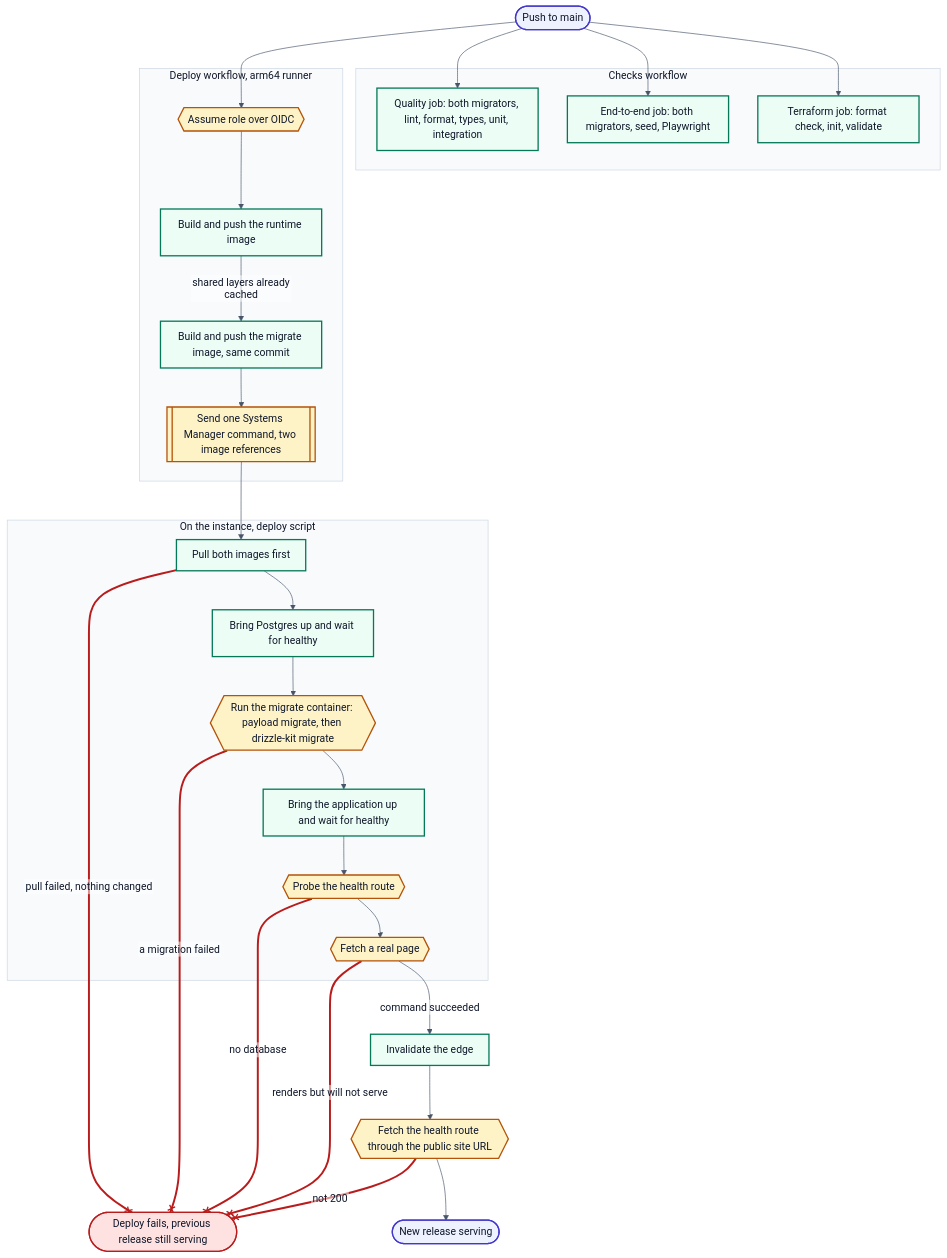
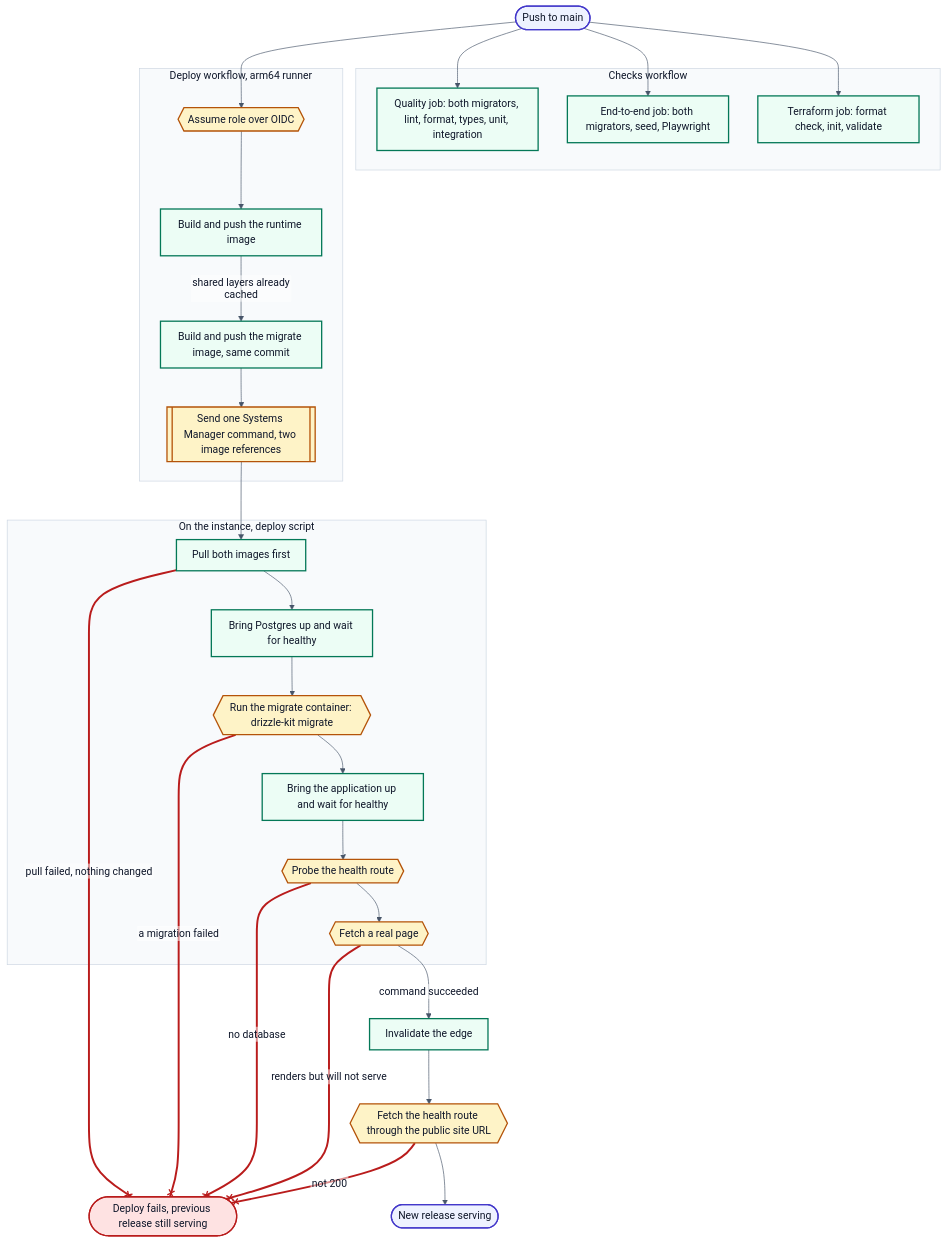
One commit to marc-mccarthy/legacy-benefits-mn changed the diagram in docs/diagrams/D7-pipeline.mmd. Above: the diagram before and after it, drawn with Mermaid. The commit also changed 1263 other files, not shown here.

```diff
--- a/docs/diagrams/D7-pipeline.mmd
+++ b/docs/diagrams/D7-pipeline.mmd
@@ -1,88 +1,88 @@
 %%{init: {"theme":"base","themeVariables":{"fontFamily":"Helvetica Neue, Helvetica, Arial, sans-serif","fontSize":"16px","textColor":"#0F172A","background":"#FFFFFF","lineColor":"#475569","mainBkg":"#EFF6FF","nodeBorder":"#1D4ED8","primaryColor":"#EFF6FF","primaryBorderColor":"#1D4ED8","primaryTextColor":"#0F172A","secondaryColor":"#F1F5F9","secondaryBorderColor":"#475569","secondaryTextColor":"#0F172A","tertiaryColor":"#F8FAFC","tertiaryBorderColor":"#CBD5E1","tertiaryTextColor":"#0F172A","clusterBkg":"#F8FAFC","clusterBorder":"#CBD5E1","edgeLabelBackground":"#FFFFFF","actorBkg":"#EEF2FF","actorBorder":"#4338CA","actorTextColor":"#0F172A","signalColor":"#475569","signalTextColor":"#0F172A","noteBkgColor":"#FEF3C7","noteBorderColor":"#B45309","noteTextColor":"#0F172A","activationBkgColor":"#ECFDF5","activationBorderColor":"#047857","labelBoxBkgColor":"#FEF3C7","labelBoxBorderColor":"#B45309","sequenceNumberColor":"#FFFFFF"},"flowchart":{"htmlLabels":false,"curve":"basis","nodeSpacing":45,"rankSpacing":60,"padding":12},"sequence":{"useMaxWidth":false,"htmlLabels":false,"mirrorActors":false,"wrap":true,"width":190}}}%%
 flowchart TB
 accTitle: What runs between a push and the new release serving
 accDescr {
   A push to main starts two workflows. The checks workflow runs three jobs against
-  a throwaway Postgres: quality applies both migrators and then lints, checks
+  a throwaway Postgres: quality applies the migrations and then lints, checks
   formatting, type checks and runs unit and integration tests; the end-to-end job
-  applies both migrators, seeds content and runs the Playwright suite, whose
+  applies the migrations and runs the Playwright suite, whose
   accessibility and compliance specs are release gates; the Terraform job checks
   formatting and validates the stack. The deploy workflow runs on a native arm64
   runner because the instance is Graviton. It assumes a role over OIDC rather than
   using stored keys, builds and pushes the runtime image, then builds and pushes a
   second image from the same commit's migrate stage, which is a cache hit because
   the runtime build already exported the shared layers. It then sends one Systems
   Manager command carrying those two image references. On the box the deploy script
   pulls first so a failure changes nothing, brings Postgres up and waits for it to
   be healthy, runs the migrate container once, and only then brings the application
   up and waits on its health check. It probes the health route and then fetches a
   real page, because the health route runs one query and never renders React.
   Nothing downstream runs unless that command succeeded: the edge is invalidated
   only afterwards, and the last step fetches the health route through the public
   site URL.
 }
 
 push([Push to main])
 
 subgraph checks ["Checks workflow"]
   quality["Quality job: both migrators, lint, format, types, unit, integration"]
   e2eJob["End-to-end job: both migrators, seed, Playwright"]
   tfJob["Terraform job: format check, init, validate"]
 end
 
 subgraph build ["Deploy workflow, arm64 runner"]
   oidc{{"Assume role over OIDC"}}
   runtimeImage["Build and push the runtime image"]
   migrateImage["Build and push the migrate image, same commit"]
   sendCommand[["Send one Systems Manager command, two image references"]]
 end
 
 subgraph box ["On the instance, deploy script"]
   pull["Pull both images first"]
   pgUp["Bring Postgres up and wait for healthy"]
-  migrateRun{{"Run the migrate container: payload migrate, then drizzle-kit migrate"}}
+  migrateRun{{"Run the migrate container: drizzle-kit migrate"}}
   appUp["Bring the application up and wait for healthy"]
   healthProbe{{"Probe the health route"}}
   pageProbe{{"Fetch a real page"}}
 end
 
 invalidate["Invalidate the edge"]
 smoke{{"Fetch the health route through the public site URL"}}
 serving([New release serving])
 stop([Deploy fails, previous release still serving])
 
 push --> quality
 push --> e2eJob
 push --> tfJob
 push --> oidc
 oidc --> runtimeImage
 runtimeImage -->|shared layers already cached| migrateImage
 migrateImage --> sendCommand
 sendCommand --> pull
 pull --x|pull failed, nothing changed| stop
 pull --> pgUp
 pgUp --> migrateRun
 migrateRun --x|a migration failed| stop
 migrateRun --> appUp
 appUp --> healthProbe
 healthProbe --x|no database| stop
 healthProbe --> pageProbe
 pageProbe --x|renders but will not serve| stop
 pageProbe -->|command succeeded| invalidate
 invalidate --> smoke
 smoke --> serving
 smoke --x|not 200| stop
 
 classDef human    fill:#EEF2FF,stroke:#4338CA,stroke-width:2px,color:#0F172A
 classDef client   fill:#EFF6FF,stroke:#1D4ED8,stroke-width:2px,color:#0F172A
 classDef ours     fill:#ECFDF5,stroke:#047857,stroke-width:2px,color:#0F172A
 classDef guard    fill:#FEF3C7,stroke:#B45309,stroke-width:2px,color:#0F172A
 classDef vendor   fill:#F1F5F9,stroke:#475569,stroke-width:2px,color:#0F172A
 classDef phi      fill:#FEE2E2,stroke:#B91C1C,stroke-width:2px,color:#0F172A
 classDef artifact fill:#F5F3FF,stroke:#6D28D9,stroke-width:2px,color:#0F172A
 
 class push,serving human
 class stop phi
 class quality,e2eJob,tfJob,runtimeImage,migrateImage,pull,pgUp,appUp,invalidate ours
 class oidc,sendCommand,migrateRun,healthProbe,pageProbe,smoke guard
 linkStyle 8,11,14,16,20 stroke:#B91C1C,stroke-width:3px
```
